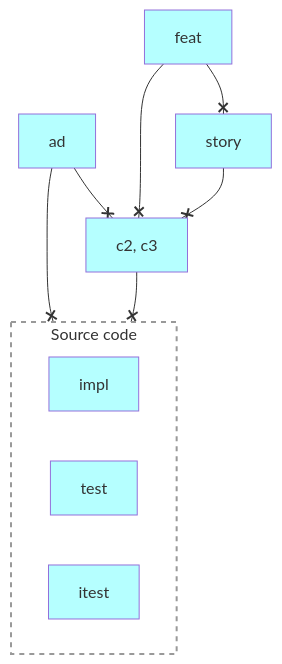
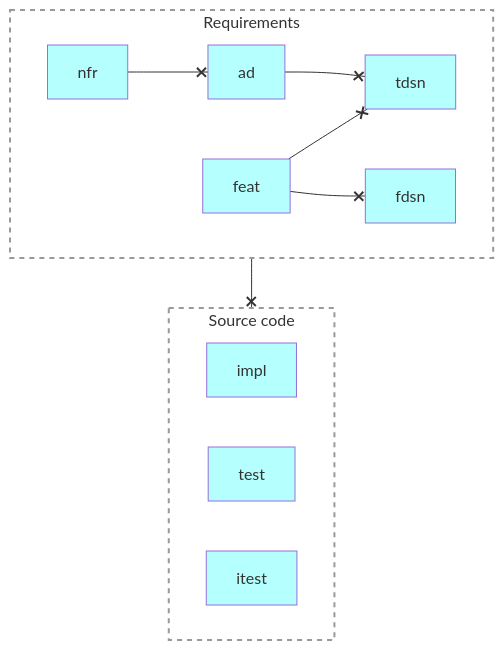
One commit to voedger/voedger-internals changed the diagram in reqman/README.md. Above: the diagram before and after it, drawn with Mermaid. The commit also changed other lines of this file, not shown here.

Commit message:
Enhance README.md by updating flowchart structure and clarifying requirements definitions

````diff
--- a/reqman/README.md
+++ b/reqman/README.md
@@ -18,27 +18,32 @@
 ```mermaid
 flowchart TD
 
-    ad:::S
-    feat:::S
-    adsn[c2, c3]:::S
-    story:::S
-    src:::S
+    reqs:::G
+    subgraph reqs[Requirements]
+        nfr:::S
+        ad:::S
+        tdsn:::S
+        fdsn:::S
+        feat:::S
 
-    ad --x adsn
-    ad --x src
-    feat --x adsn
-    feat --x story
-    adsn --x src
-    story --x adsn
+        nfr --x ad
+        ad --x tdsn
+
+        feat --x fdsn
+        feat --x tdsn        
+    end
+
     src:::G
     subgraph src[Source code]
         impl:::S
         test:::S
         itest:::S
     end
+
+    reqs --x src
     
     classDef B fill:#FFFFB5,color:#333
     classDef S fill:#B5FFFF,color:#333
     classDef H fill:#C9E7B7,color:#333
     classDef G fill:#ffffff15, stroke:#999, stroke-width:2px, stroke-dasharray: 5 5    
 ```
````
